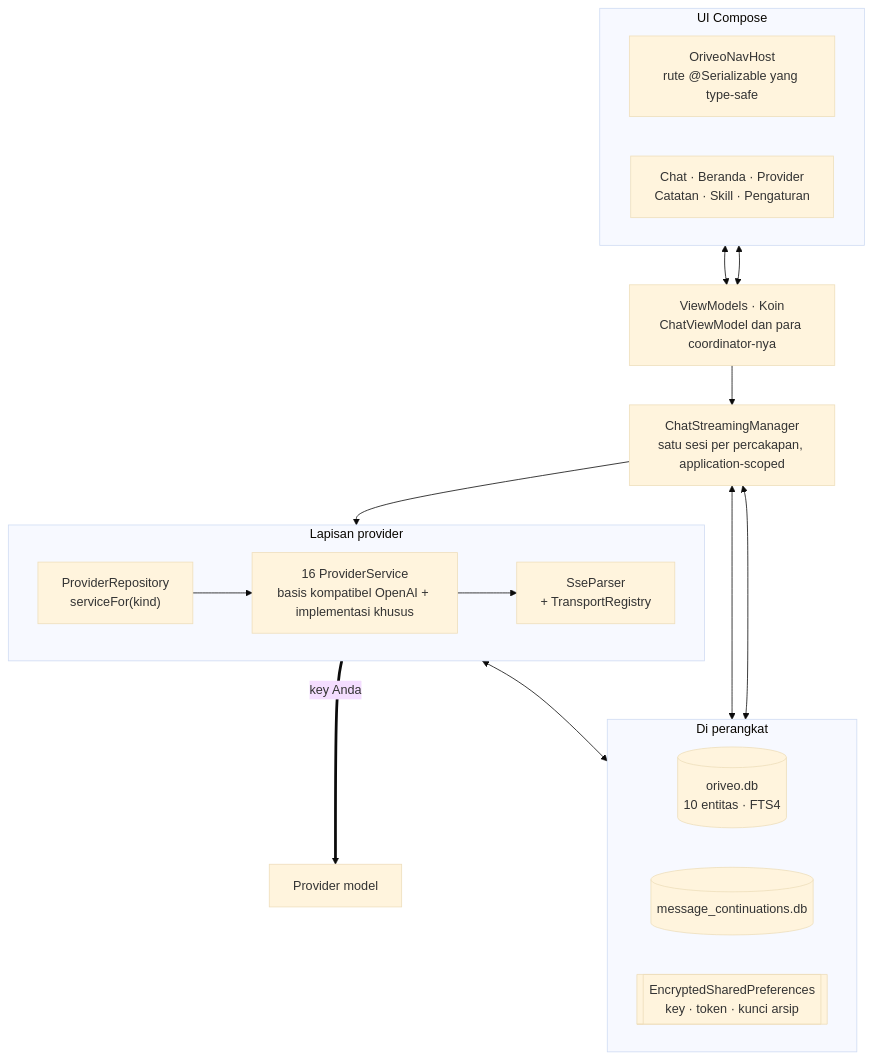
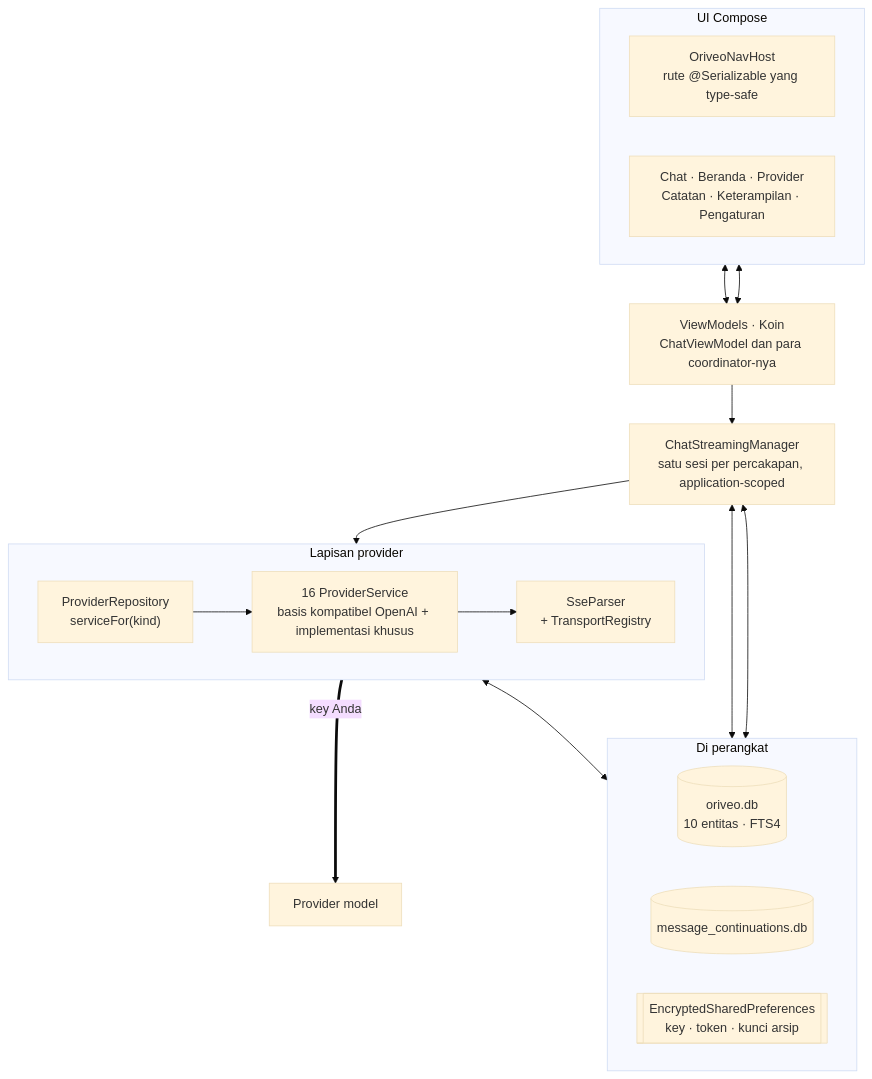
The diagram in readme_i18n/id/android.md (oriveo/oriveo), drawn with Mermaid (base theme) before and after one commit. The commit also changed other lines of this file and 89 other files, not shown here.

````diff
--- a/readme_i18n/id/android.md
+++ b/readme_i18n/id/android.md
@@ -47,34 +47,34 @@
 ```mermaid
 flowchart TB
     subgraph ui ["UI Compose"]
         direction LR
         nav["OriveoNavHost<br/>rute @Serializable yang type-safe"]
-        screens["Chat · Beranda · Provider<br/>Catatan · Skill · Pengaturan"]
+        screens["Chat · Beranda · Provider<br/>Catatan · Keterampilan · Pengaturan"]
     end
 
     vms["ViewModels · Koin<br/>ChatViewModel dan para coordinator-nya"]
 
     streaming["ChatStreamingManager<br/>satu sesi per percakapan, application-scoped"]
 
     subgraph data ["Di perangkat"]
         direction LR
         room[("oriveo.db<br/>10 entitas · FTS4")]
         cont[("message_continuations.db")]
         keys[["EncryptedSharedPreferences<br/>key · token · kunci arsip"]]
     end
 
     subgraph net ["Lapisan provider"]
         direction LR
         repo["ProviderRepository<br/>serviceFor(kind)"]
         svc["16 ProviderService<br/>basis kompatibel OpenAI + implementasi khusus"]
         sse["SseParser<br/>+ TransportRegistry"]
     end
 
     nav & screens <--> vms
     vms --> streaming
     streaming --> repo
     repo --> svc --> sse
     streaming <--> room & cont
     svc <--> keys
     sse ==>|"key Anda"| up["Provider model"]
 ```
````
